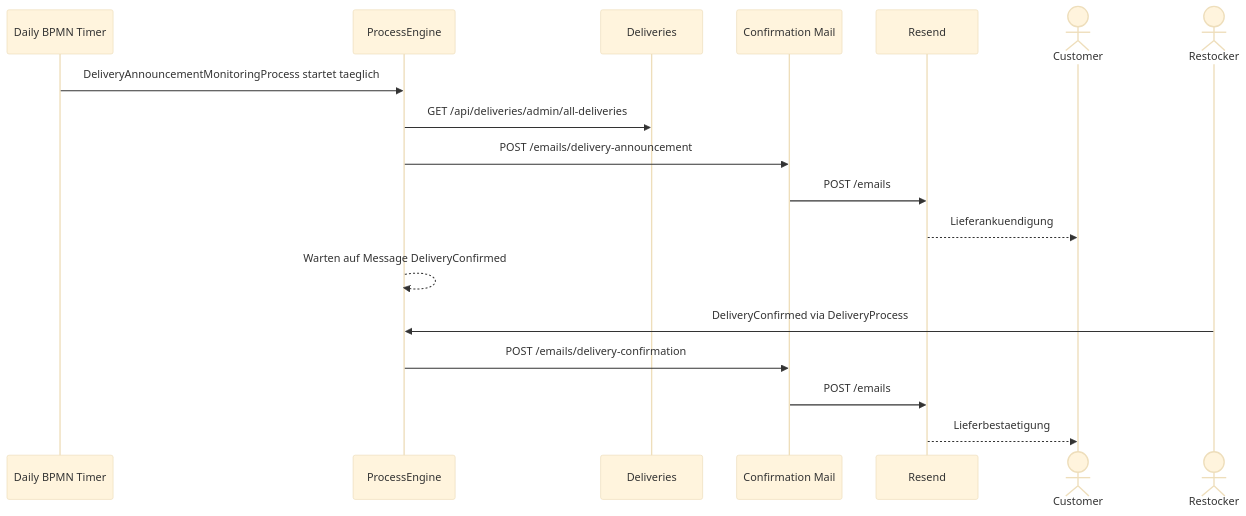
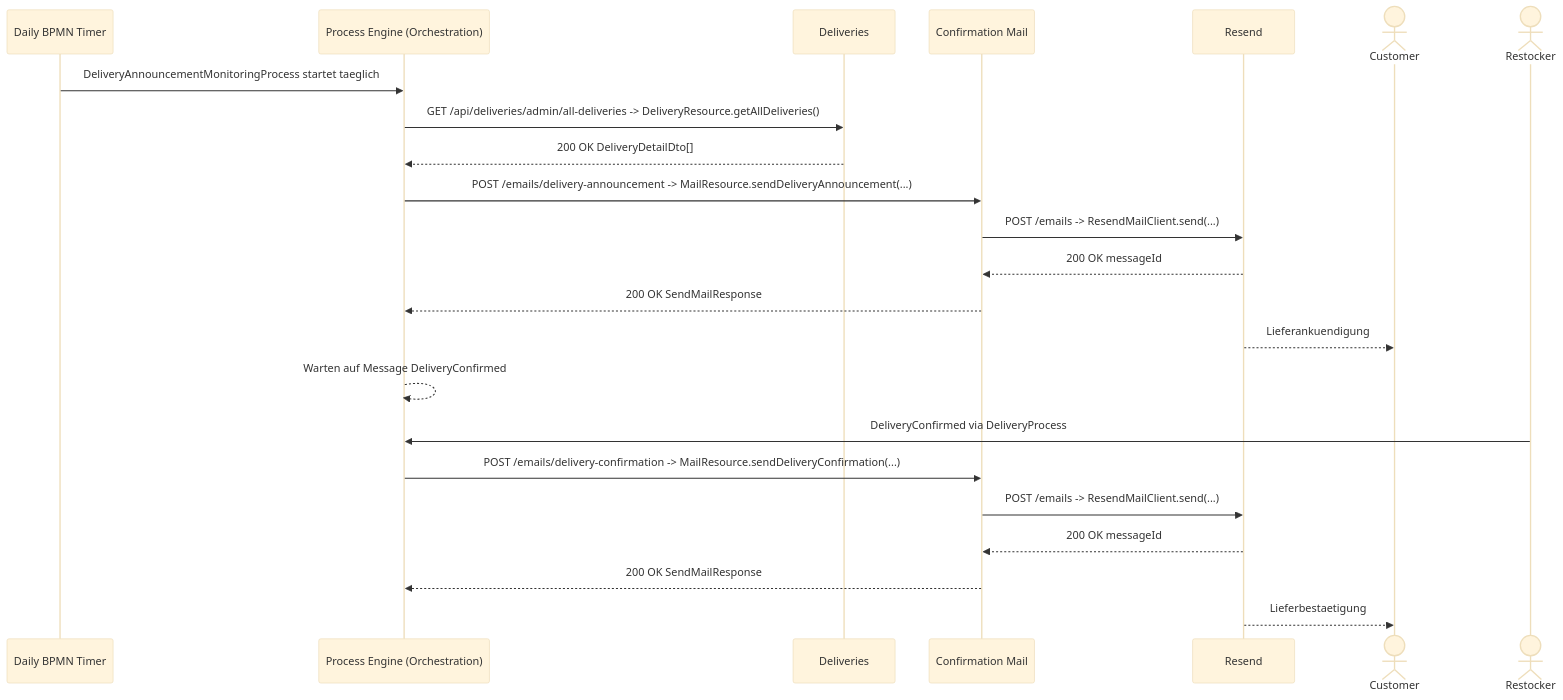
Before and after one commit to thi-projekte/ReStockOffice: the fifth of 7 diagrams in docs/system-architecture.md, drawn with Mermaid (base theme). The commit also changed other lines of this file, not shown here.

````diff
--- a/docs/system-architecture.md
+++ b/docs/system-architecture.md
@@ -195,21 +221,26 @@
 ```mermaid
 sequenceDiagram
     participant Timer as Daily BPMN Timer
-    participant ProcessEngine
+    participant ProcessEngine as Process Engine (Orchestration)
     participant Deliveries
     participant Mailer as Confirmation Mail
     participant Resend
     actor Customer
     actor Restocker
 
     Timer->>ProcessEngine: DeliveryAnnouncementMonitoringProcess startet taeglich
-    ProcessEngine->>Deliveries: GET /api/deliveries/admin/all-deliveries
-    ProcessEngine->>Mailer: POST /emails/delivery-announcement
-    Mailer->>Resend: POST /emails
+    ProcessEngine->>Deliveries: GET /api/deliveries/admin/all-deliveries -> DeliveryResource.getAllDeliveries()
+    Deliveries-->>ProcessEngine: 200 OK DeliveryDetailDto[]
+    ProcessEngine->>Mailer: POST /emails/delivery-announcement -> MailResource.sendDeliveryAnnouncement(...)
+    Mailer->>Resend: POST /emails -> ResendMailClient.send(...)
+    Resend-->>Mailer: 200 OK messageId
+    Mailer-->>ProcessEngine: 200 OK SendMailResponse
     Resend-->>Customer: Lieferankuendigung
     ProcessEngine-->>ProcessEngine: Warten auf Message DeliveryConfirmed
     Restocker->>ProcessEngine: DeliveryConfirmed via DeliveryProcess
-    ProcessEngine->>Mailer: POST /emails/delivery-confirmation
-    Mailer->>Resend: POST /emails
+    ProcessEngine->>Mailer: POST /emails/delivery-confirmation -> MailResource.sendDeliveryConfirmation(...)
+    Mailer->>Resend: POST /emails -> ResendMailClient.send(...)
+    Resend-->>Mailer: 200 OK messageId
+    Mailer-->>ProcessEngine: 200 OK SendMailResponse
     Resend-->>Customer: Lieferbestaetigung
 ```
````
